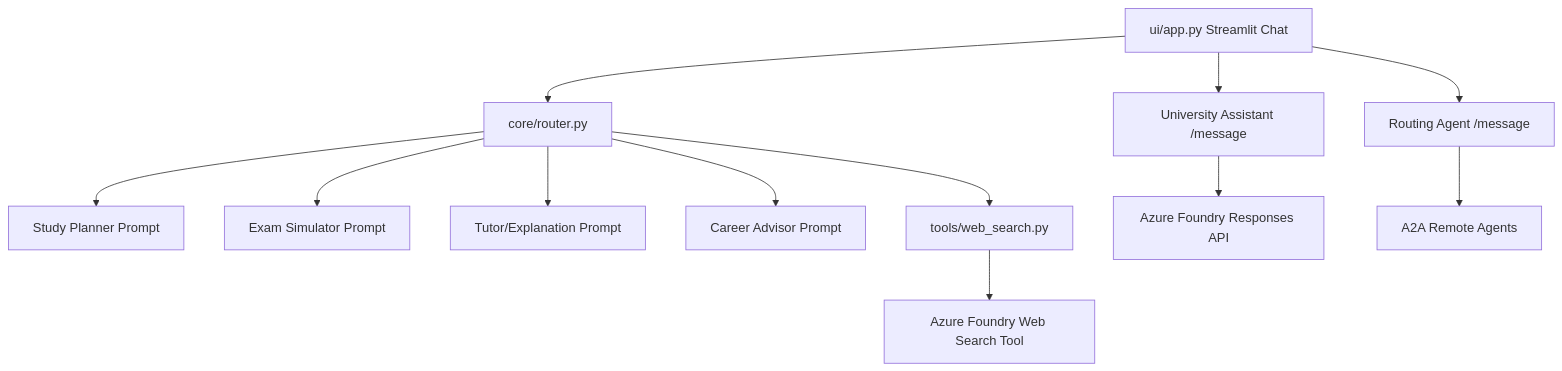
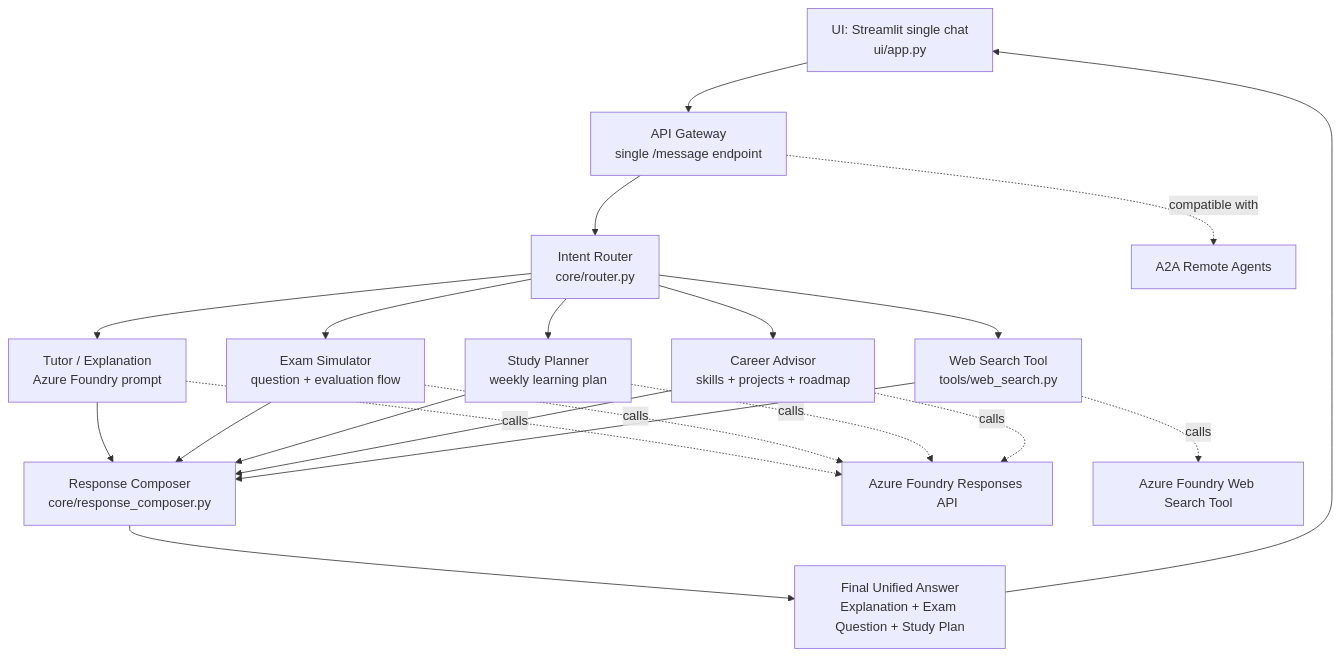
The diagram in README.md (RenzoAlbertini/project), drawn with Mermaid before and after one commit. The commit also changed other lines of this file and 2 other files, not shown here.

Commit message:
Add response composer architecture

````diff
--- a/README.md
+++ b/README.md
@@ -30,14 +32,27 @@
 ```mermaid
 graph TD
-    UI["ui/app.py Streamlit Chat"] --> Router["core/router.py"]
-    Router --> Planner["Study Planner Prompt"]
-    Router --> Exam["Exam Simulator Prompt"]
-    Router --> Tutor["Tutor/Explanation Prompt"]
-    Router --> Career["Career Advisor Prompt"]
-    Router --> Web["tools/web_search.py"]
-    UI --> Direct["University Assistant /message"]
-    UI --> OptionalRouter["Routing Agent /message"]
-    Direct --> Foundry["Azure Foundry Responses API"]
-    Web --> FoundryWeb["Azure Foundry Web Search Tool"]
-    OptionalRouter --> A2A["A2A Remote Agents"]
+    UI["UI: Streamlit single chat<br/>ui/app.py"] --> Gateway["API Gateway<br/>single /message endpoint"]
+    Gateway --> Router["Intent Router<br/>core/router.py"]
+
+    Router --> Tutor["Tutor / Explanation<br/>Azure Foundry prompt"]
+    Router --> Exam["Exam Simulator<br/>question + evaluation flow"]
+    Router --> Planner["Study Planner<br/>weekly learning plan"]
+    Router --> Career["Career Advisor<br/>skills + projects + roadmap"]
+    Router --> Web["Web Search Tool<br/>tools/web_search.py"]
+
+    Tutor --> Composer["Response Composer<br/>core/response_composer.py"]
+    Exam --> Composer
+    Planner --> Composer
+    Career --> Composer
+    Web --> Composer
+
+    Composer --> Final["Final Unified Answer<br/>Explanation + Exam Question + Study Plan"]
+    Final --> UI
+
+    Gateway -. compatible with .-> A2A["A2A Remote Agents"]
+    Tutor -. calls .-> Foundry["Azure Foundry Responses API"]
+    Exam -. calls .-> Foundry
+    Planner -. calls .-> Foundry
+    Career -. calls .-> Foundry
+    Web -. calls .-> FoundryWeb["Azure Foundry Web Search Tool"]
 ```
````
